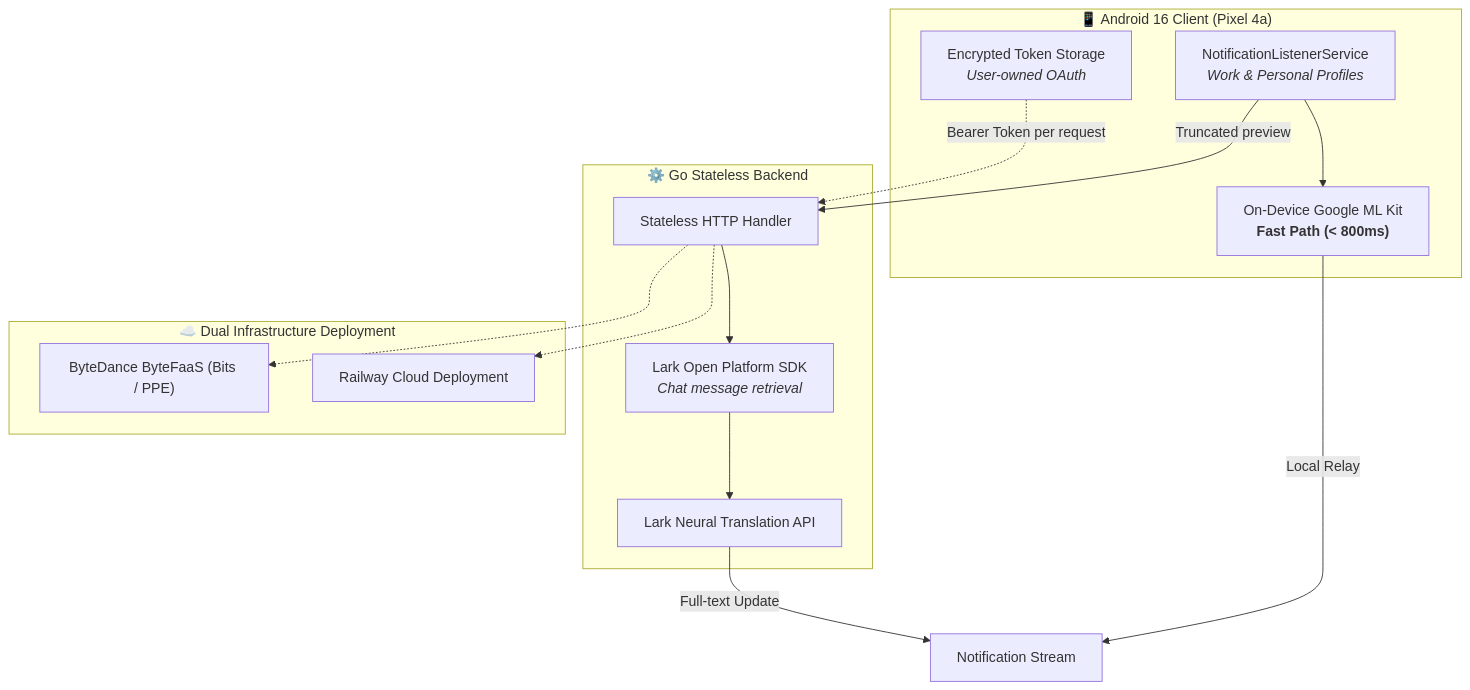
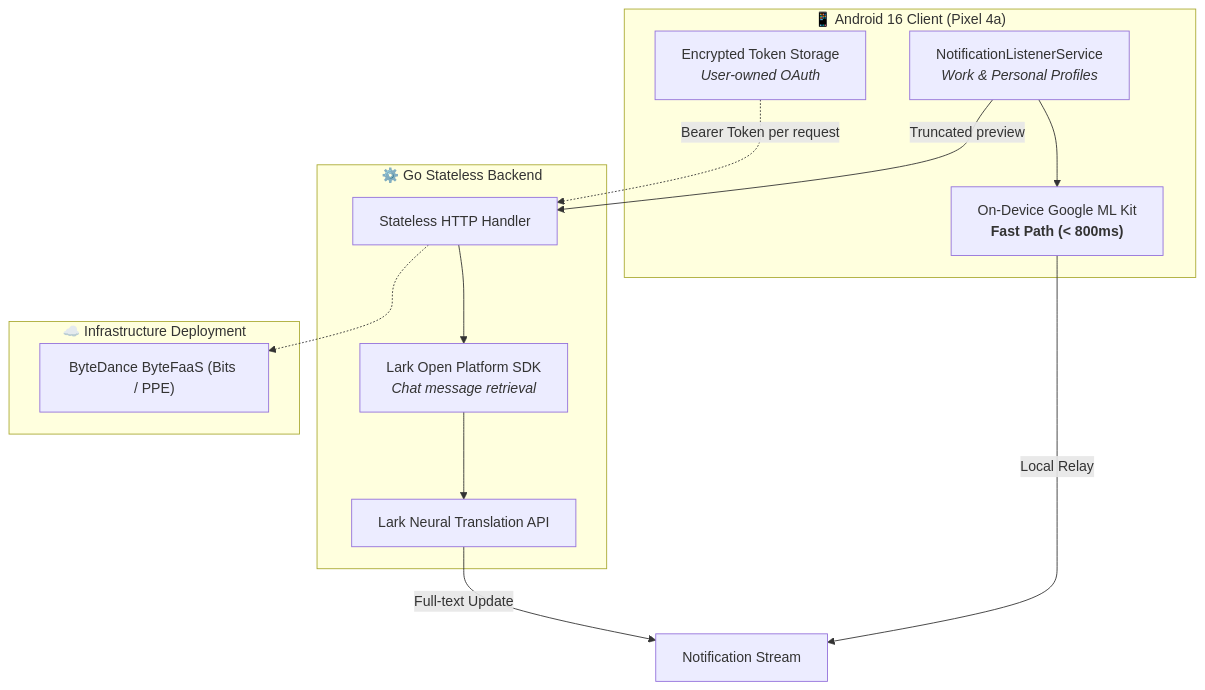
The second of 2 diagrams in DEMO-DAY.md (vegerot/larklish), drawn with Mermaid before and after one commit.

Commit message:
docs: remove Railway references from Demo Day presentation

````diff
--- a/DEMO-DAY.md
+++ b/DEMO-DAY.md
@@ -53,29 +53,27 @@
 ```mermaid
 flowchart TD
     subgraph Client["📱 Android 16 Client (Pixel 4a)"]
         NLS["NotificationListenerService<br><i>Work & Personal Profiles</i>"]
         MLKit["On-Device Google ML Kit<br><b>Fast Path (< 800ms)</b>"]
         TokenStore["Encrypted Token Storage<br><i>User-owned OAuth</i>"]
     end
 
     subgraph Backend["⚙️ Go Stateless Backend"]
         Handler["Stateless HTTP Handler"]
         LarkSDK["Lark Open Platform SDK<br><i>Chat message retrieval</i>"]
         NeuralTrans["Lark Neural Translation API"]
     end
 
-    subgraph Infra["☁️ Dual Infrastructure Deployment"]
+    subgraph Infra["☁️ Infrastructure Deployment"]
         ByteFaaS["ByteDance ByteFaaS (Bits / PPE)"]
-        Railway["Railway Cloud Deployment"]
     end
 
     NLS --> MLKit
     MLKit -->|"Local Relay"| OSNotify["Notification Stream"]
     NLS -->|"Truncated preview"| Handler
     TokenStore -.->|"Bearer Token per request"| Handler
     Handler --> LarkSDK
     LarkSDK --> NeuralTrans
     NeuralTrans -->|"Full-text Update"| OSNotify
     Handler -.-> ByteFaaS
-    Handler -.-> Railway
 ```
````
